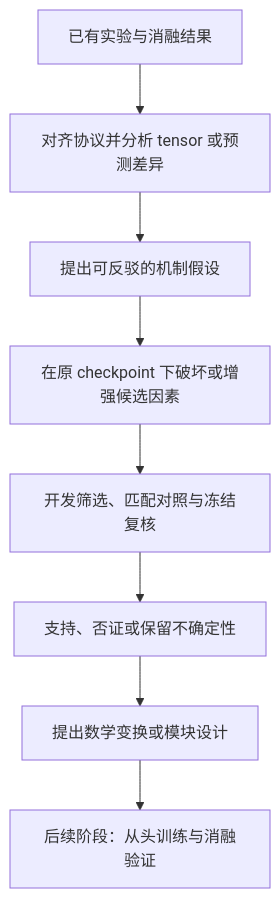
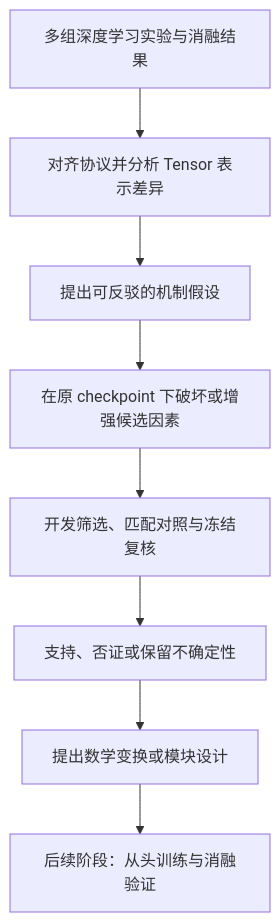
One commit to Harry1213814/reverse-engineer-experiments changed the diagram in README.md. Above: the diagram before and after it, drawn with Mermaid. The commit also changed other lines of this file and 6 other files, not shown here.

````diff
--- a/README.md
+++ b/README.md
@@ -31,10 +33,10 @@
 ```mermaid
 flowchart TD
-    A[已有实验与消融结果] --> B[对齐协议并分析 tensor 或预测差异]
+    A[多组深度学习实验与消融结果] --> B[对齐协议并分析 Tensor 表示差异]
     B --> C[提出可反驳的机制假设]
     C --> D[在原 checkpoint 下破坏或增强候选因素]
     D --> E[开发筛选、匹配对照与冻结复核]
     E --> F[支持、否证或保留不确定性]
     F --> G[提出数学变换或模块设计]
     G --> H[后续阶段：从头训练与消融验证]
 ```
````
